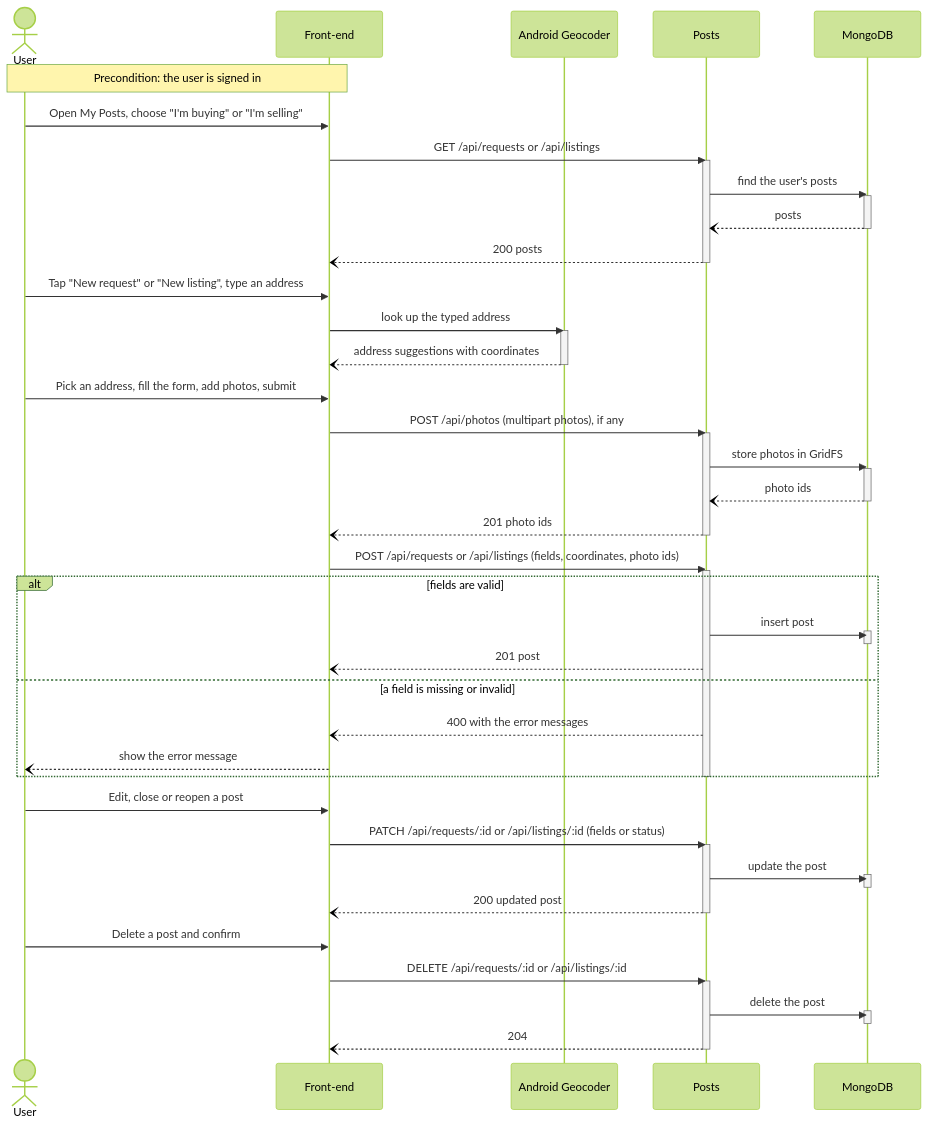
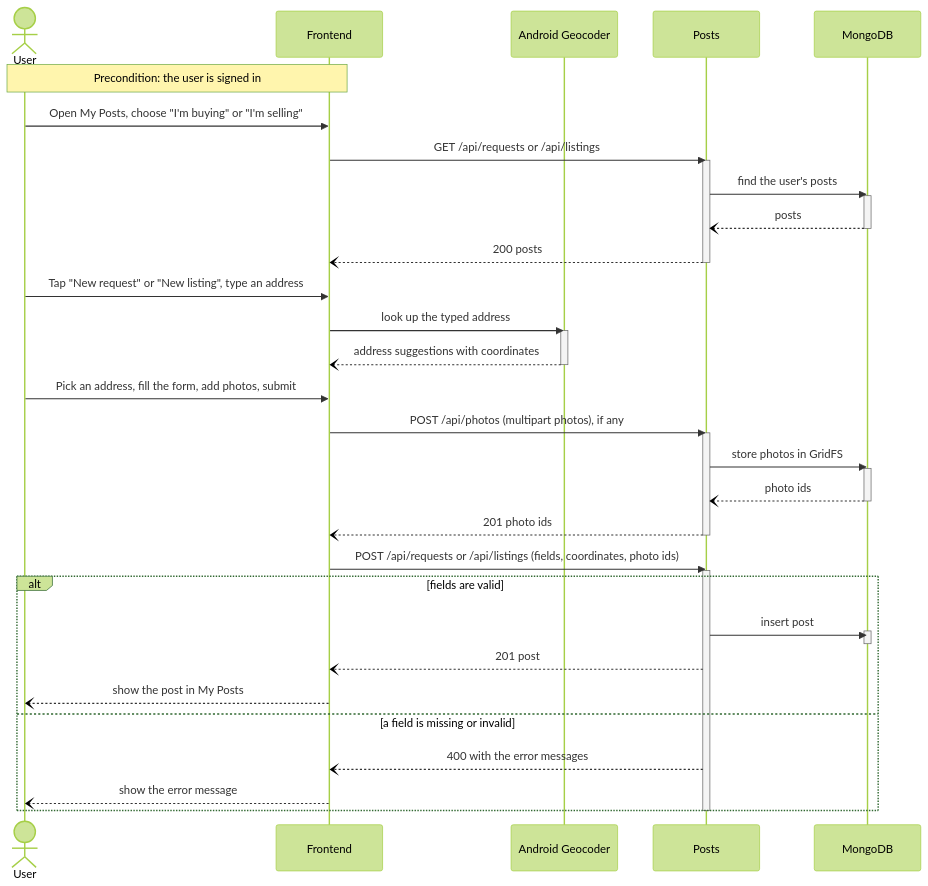
The second of 6 diagrams in documentation/Requirements_and_Design.md (m1lun/m1skeletonProject), drawn with Mermaid (forest theme) before and after one commit. The commit also changed other lines of this file and 3 other files, not shown here.

````diff
--- a/documentation/Requirements_and_Design.md
+++ b/documentation/Requirements_and_Design.md
@@ -456,60 +476,45 @@
 ```mermaid
 sequenceDiagram
     actor U as User
-    participant FE as Front-end
+    participant FE as Frontend
     participant GEO as Android Geocoder
     participant P as Posts
     participant DB as MongoDB
     Note over U,FE: Precondition: the user is signed in
     U->>FE: Open My Posts, choose "I'm buying" or "I'm selling"
     FE->>P: GET /api/requests or /api/listings
     activate P
     P->>DB: find the user's posts
     activate DB
     DB--)P: posts
     deactivate DB
     P--)FE: 200 posts
     deactivate P
     U->>FE: Tap "New request" or "New listing", type an address
     FE->>GEO: look up the typed address
     activate GEO
     GEO--)FE: address suggestions with coordinates
     deactivate GEO
     U->>FE: Pick an address, fill the form, add photos, submit
     FE->>P: POST /api/photos (multipart photos), if any
     activate P
     P->>DB: store photos in GridFS
     activate DB
     DB--)P: photo ids
     deactivate DB
     P--)FE: 201 photo ids
     deactivate P
     FE->>P: POST /api/requests or /api/listings (fields, coordinates, photo ids)
     activate P
     alt fields are valid
         P->>DB: insert post
         activate DB
         deactivate DB
         P--)FE: 201 post
+        FE--)U: show the post in My Posts
     else a field is missing or invalid
         P--)FE: 400 with the error messages
         FE--)U: show the error message
     end
     deactivate P
-    U->>FE: Edit, close or reopen a post
-    FE->>P: PATCH /api/requests/:id or /api/listings/:id (fields or status)
-    activate P
-    P->>DB: update the post
-    activate DB
-    deactivate DB
-    P--)FE: 200 updated post
-    deactivate P
-    U->>FE: Delete a post and confirm
-    FE->>P: DELETE /api/requests/:id or /api/listings/:id
-    activate P
-    P->>DB: delete the post
-    activate DB
-    deactivate DB
-    P--)FE: 204
-    deactivate P
 ```
````
